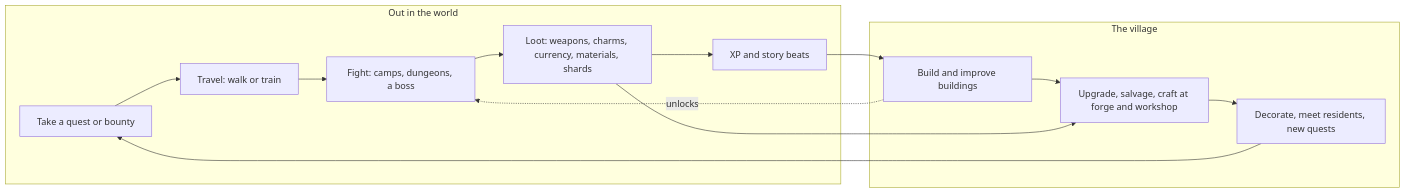
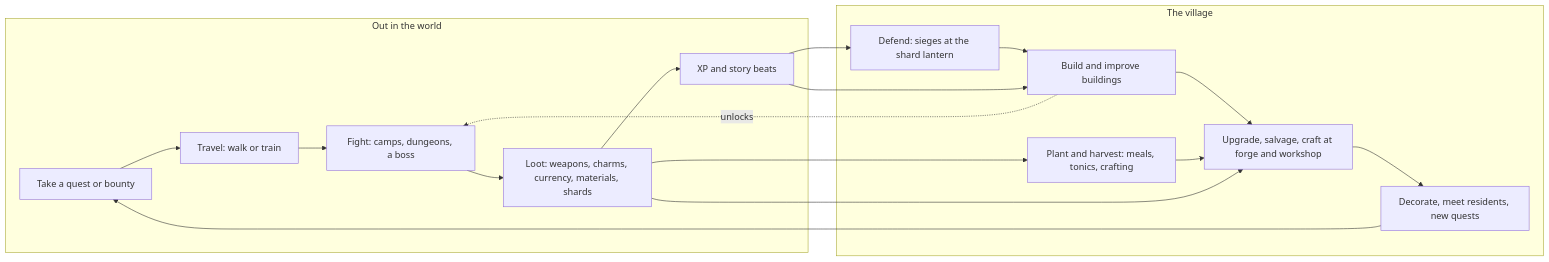
The diagram in docs/vision/game-design.md (rempemat-eng/appify), drawn with Mermaid before and after one commit. The commit also changed other lines of this file and 2 other files, not shown here.

First line of the commit message:
Game design v2: the village in full (stages by act, crops, sieges, districts, the station, festivals)

````diff
--- a/docs/vision/game-design.md
+++ b/docs/vision/game-design.md
@@ -47,17 +47,21 @@
 ```mermaid
 flowchart LR
   subgraph Out["Out in the world"]
     Q[Take a quest or bounty] --> T[Travel: walk or train]
     T --> F[Fight: camps, dungeons, a boss]
     F --> L[Loot: weapons, charms, currency, materials, shards]
     L --> X[XP and story beats]
   end
   subgraph Home["The village"]
     B[Build and improve buildings] --> U[Upgrade, salvage, craft at forge and workshop]
     U --> D[Decorate, meet residents, new quests]
+    G[Plant and harvest: meals, tonics, crafting] --> U
+    S[Defend: sieges at the shard lantern] --> B
   end
+  L --> G
+  X --> S
   X --> B
   L --> U
   D --> Q
   B -. unlocks .-> F
 ```
````
